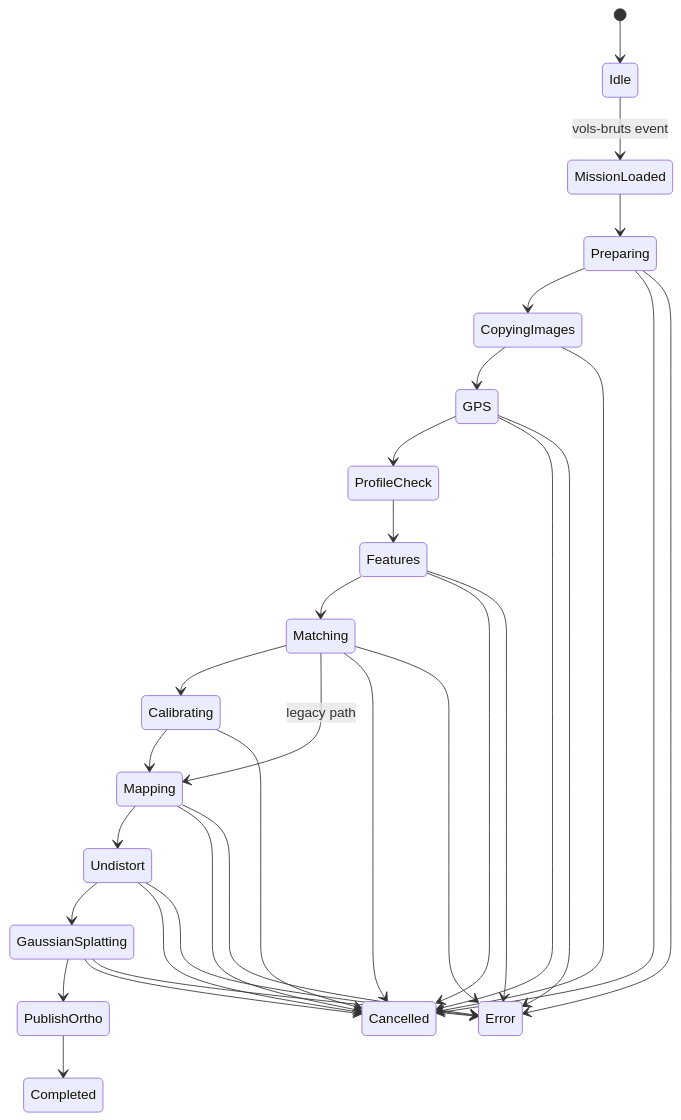
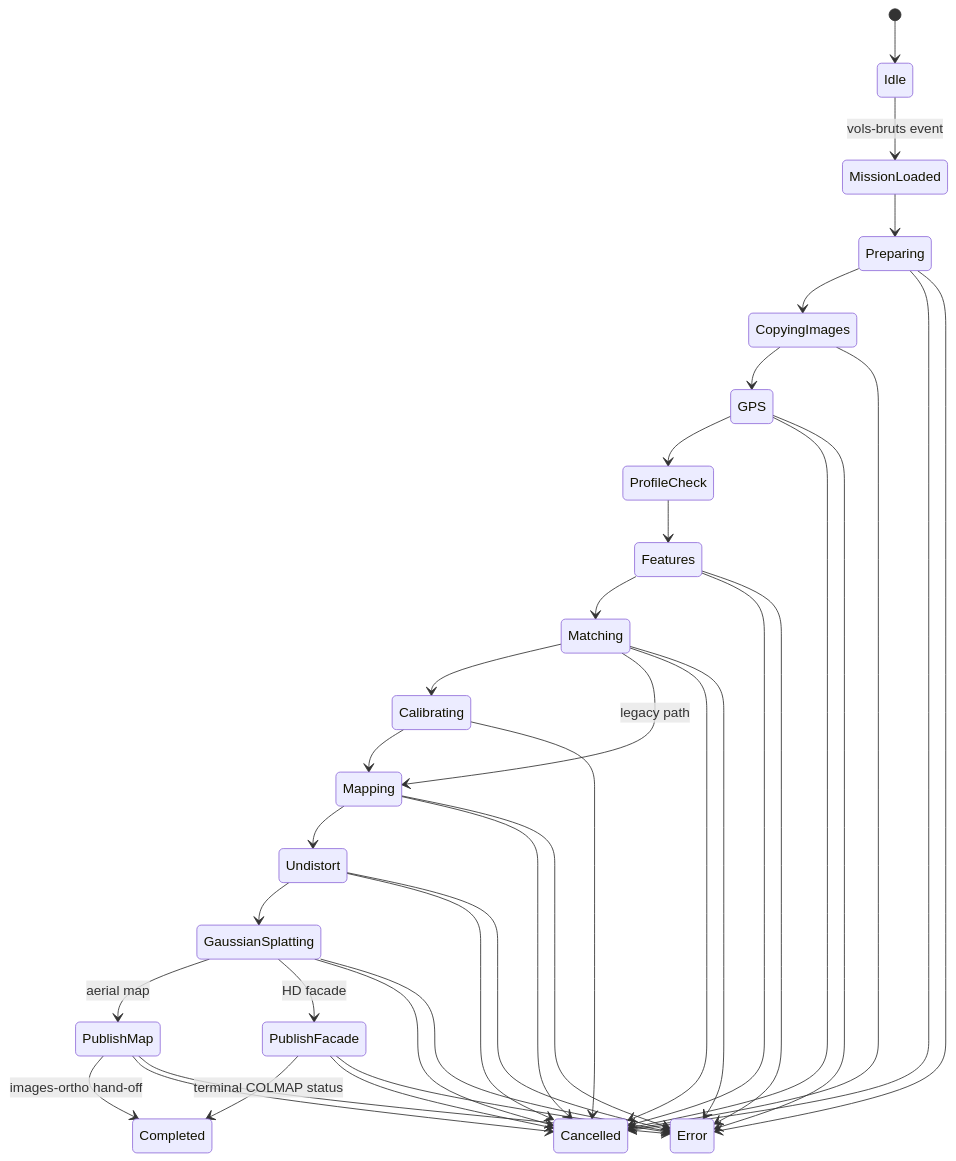
One commit to olivelb/DroneAI changed the third of 7 diagrams in DOCUMENTATION.md. Above: the diagram before and after it, drawn with Mermaid. The commit also changed other lines of this file and 90 other files, not shown here.

````diff
--- a/DOCUMENTATION.md
+++ b/DOCUMENTATION.md
@@ -1067,36 +1127,42 @@
 ```mermaid
 stateDiagram-v2
     [*] --> Idle
     Idle --> MissionLoaded: vols-bruts event
     MissionLoaded --> Preparing
     Preparing --> CopyingImages
     CopyingImages --> GPS
     GPS --> ProfileCheck
     ProfileCheck --> Features
     Features --> Matching
     Matching --> Calibrating
     Matching --> Mapping: legacy path
     Calibrating --> Mapping
     Mapping --> Undistort
     Undistort --> GaussianSplatting
-    GaussianSplatting --> PublishOrtho
-    PublishOrtho --> Completed
+    GaussianSplatting --> PublishMap: aerial map
+    GaussianSplatting --> PublishFacade: HD facade
+    PublishMap --> Completed: images-ortho hand-off
+    PublishFacade --> Completed: terminal COLMAP status
 
     Preparing --> Cancelled
     CopyingImages --> Cancelled
     GPS --> Cancelled
     Features --> Cancelled
     Matching --> Cancelled
     Calibrating --> Cancelled
     Mapping --> Cancelled
     Undistort --> Cancelled
     GaussianSplatting --> Cancelled
+    PublishMap --> Cancelled
+    PublishFacade --> Cancelled
 
     Preparing --> Error
     GPS --> Error
     Features --> Error
     Matching --> Error
     Mapping --> Error
     Undistort --> Error
     GaussianSplatting --> Error
+    PublishMap --> Error
+    PublishFacade --> Error
 ```
````
